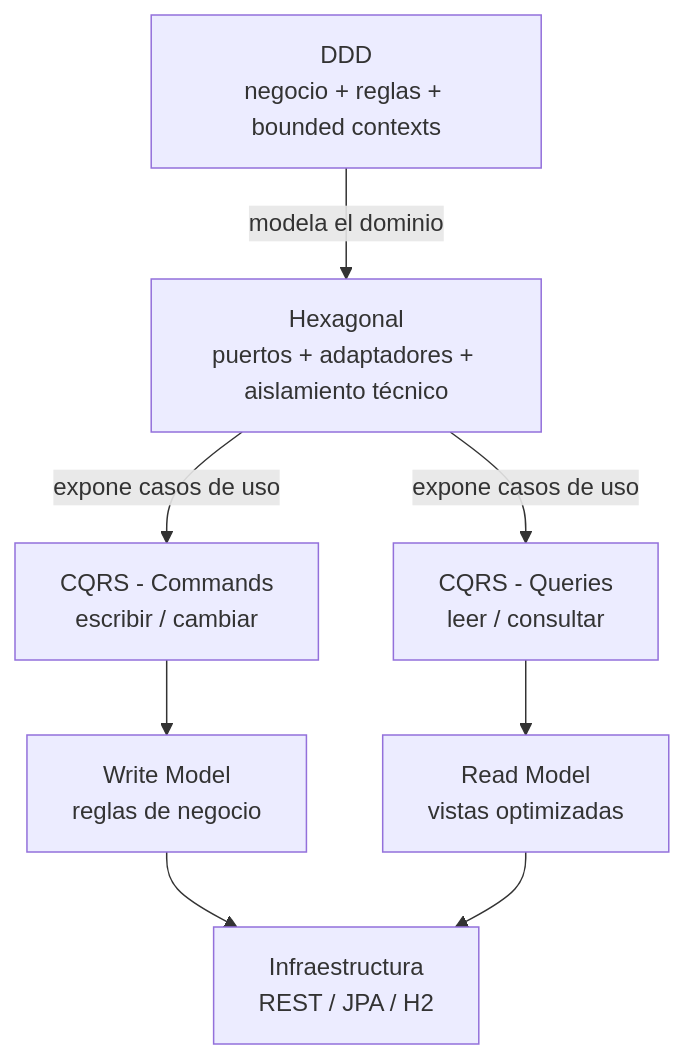
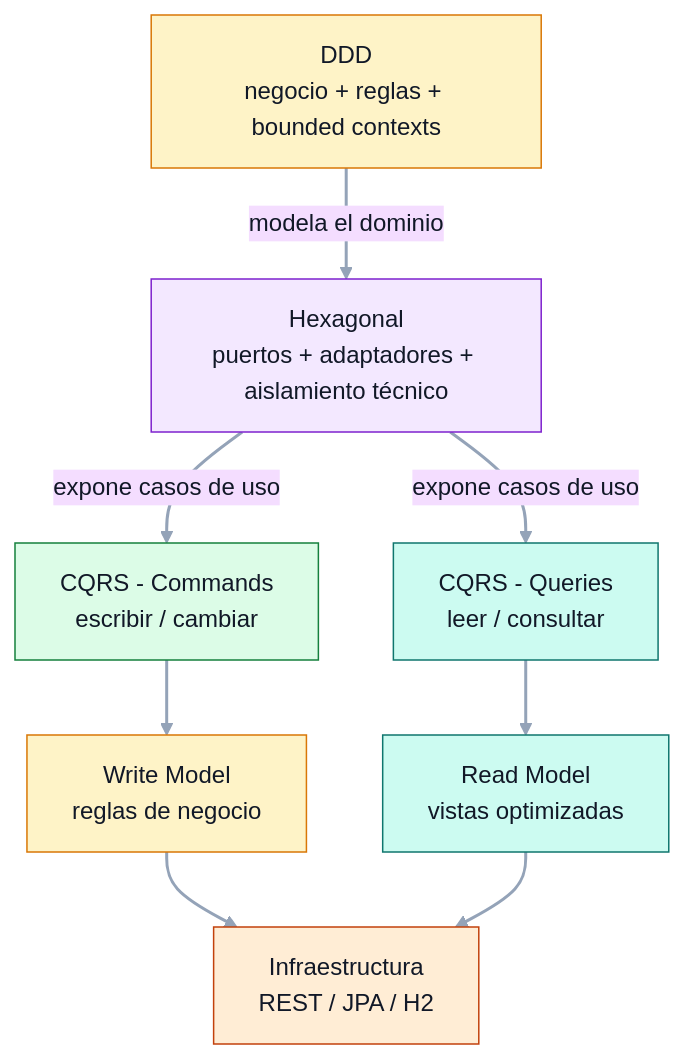
Before and after one commit to VirtualCave/modern-architecture-patterns: the seventh of 7 diagrams in README.md, drawn with Mermaid. The commit also changed other lines of this file and 4 other files, not shown here.

````diff
--- a/README.md
+++ b/README.md
@@ -594,10 +660,25 @@
 ```mermaid
+%%{init: {'theme':'base','themeVariables': {'background':'transparent','primaryTextColor':'#111827','lineColor':'#94A3B8'}}}%%
 flowchart TD
     A[DDD<br/>negocio + reglas + bounded contexts] -->|modela el dominio| B[Hexagonal<br/>puertos + adaptadores + aislamiento técnico]
     B -->|expone casos de uso| C[CQRS - Commands<br/>escribir / cambiar]
     B -->|expone casos de uso| D[CQRS - Queries<br/>leer / consultar]
     C --> E[Write Model<br/>reglas de negocio]
     D --> F[Read Model<br/>vistas optimizadas]
     E --> G[Infraestructura<br/>REST / JPA / H2]
     F --> G
+
+    linkStyle default stroke:#94A3B8,stroke-width:2px;
+
+    classDef domain fill:#FEF3C7,stroke:#D97706,stroke-width:1px,color:#111827;
+    classDef port fill:#F3E8FF,stroke:#7E22CE,stroke-width:1px,color:#111827;
+    classDef app fill:#DCFCE7,stroke:#15803D,stroke-width:1px,color:#111827;
+    classDef read fill:#CCFBF1,stroke:#0F766E,stroke-width:1px,color:#111827;
+    classDef infra fill:#FFEDD5,stroke:#C2410C,stroke-width:1px,color:#111827;
+
+    class A,E domain;
+    class B port;
+    class C app;
+    class D,F read;
+    class G infra;
 ```
````
